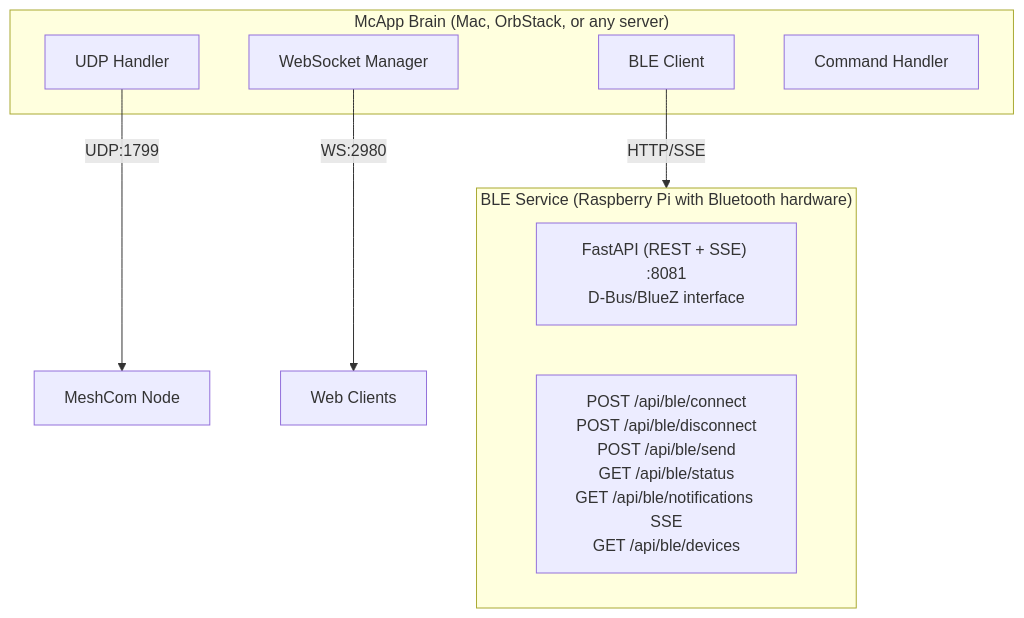
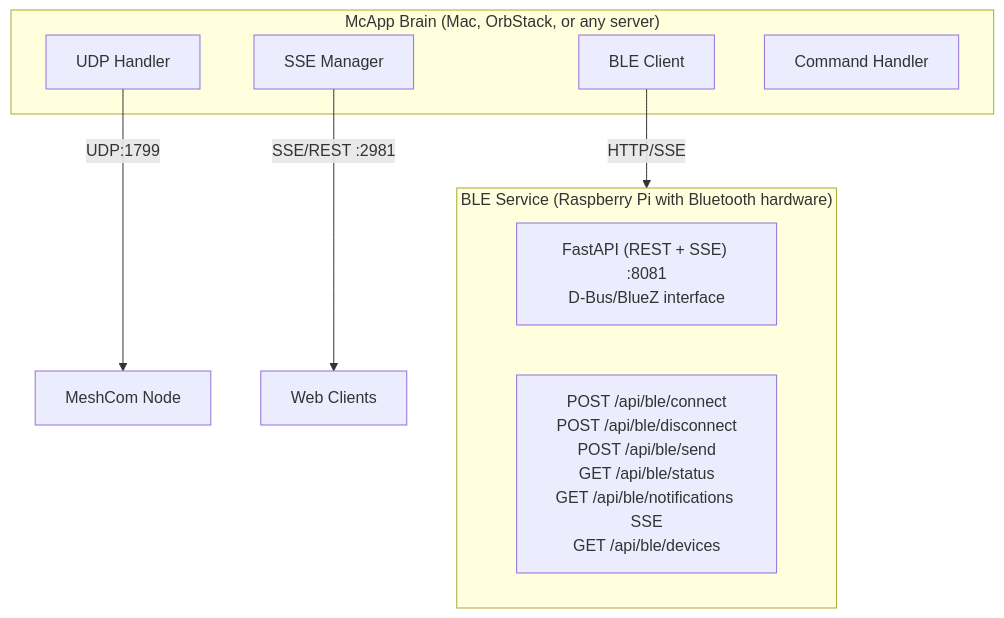
The second of 3 diagrams in CLAUDE.md (DK5EN/McApp), drawn with Mermaid before and after one commit. The commit also changed other lines of this file and 24 other files, not shown here.

First line of the commit message:
[feat] Remove WebSocket, add lighttpd proxy rules, add TLS remote access addon

````diff
--- a/CLAUDE.md
+++ b/CLAUDE.md
@@ -30,18 +38,18 @@
 ```mermaid
 flowchart TD
     subgraph Brain["McApp Brain (Mac, OrbStack, or any server)"]
         UDP2["UDP Handler"]
-        WSM["WebSocket Manager"]
+        SSE2["SSE Manager"]
         BLE2["BLE Client"]
         CMD["Command Handler"]
     end
 
     subgraph BLES["BLE Service (Raspberry Pi with Bluetooth hardware)"]
         FA["FastAPI (REST + SSE) :8081<br/>D-Bus/BlueZ interface"]
         EP["POST /api/ble/connect<br/>POST /api/ble/disconnect<br/>POST /api/ble/send<br/>GET /api/ble/status<br/>GET /api/ble/notifications SSE<br/>GET /api/ble/devices"]
     end
 
     UDP2 -- "UDP:1799" --> MCN2["MeshCom Node"]
-    WSM -- "WS:2980" --> WC2["Web Clients"]
+    SSE2 -- "SSE/REST :2981" --> WC2["Web Clients"]
     BLE2 -- "HTTP/SSE" --> BLES
 ```
````
